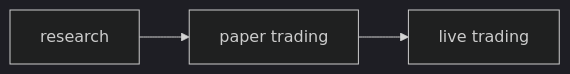
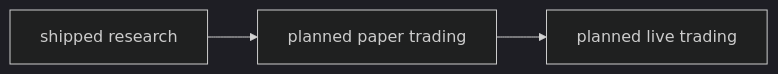
One commit to blechturm/ledgr changed the first of 2 diagrams in vignettes/research-to-production.qmd. Above: the diagram before and after it, drawn with Mermaid (dark theme). The commit also changed other lines of this file and 10 other files, not shown here.

````diff
--- a/vignettes/research-to-production.qmd
+++ b/vignettes/research-to-production.qmd
@@ -43,10 +44,10 @@
 ```{mermaid}
 %%| echo: false
 
 flowchart LR
-  research["research"]
-  paper["paper trading"]
-  live["live trading"]
+  research["shipped research"]
+  paper["planned paper trading"]
+  live["planned live trading"]
 
   research --> paper --> live
 ```
````
